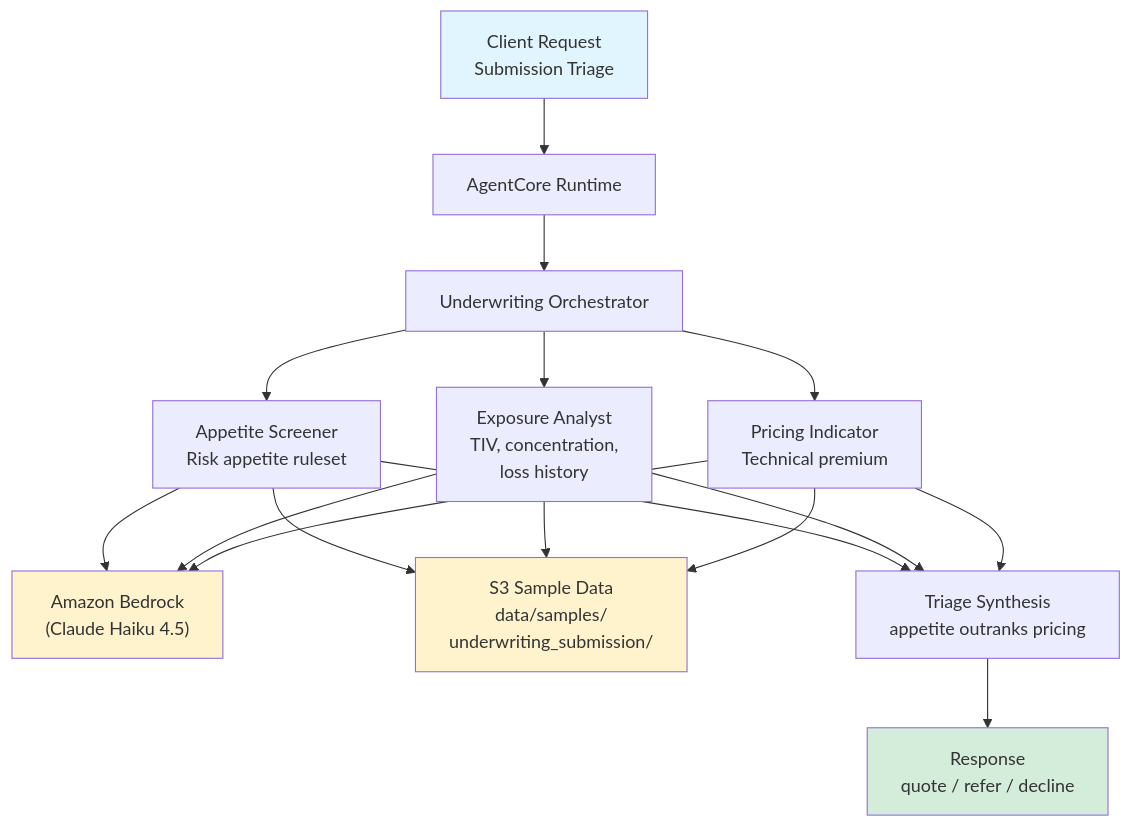
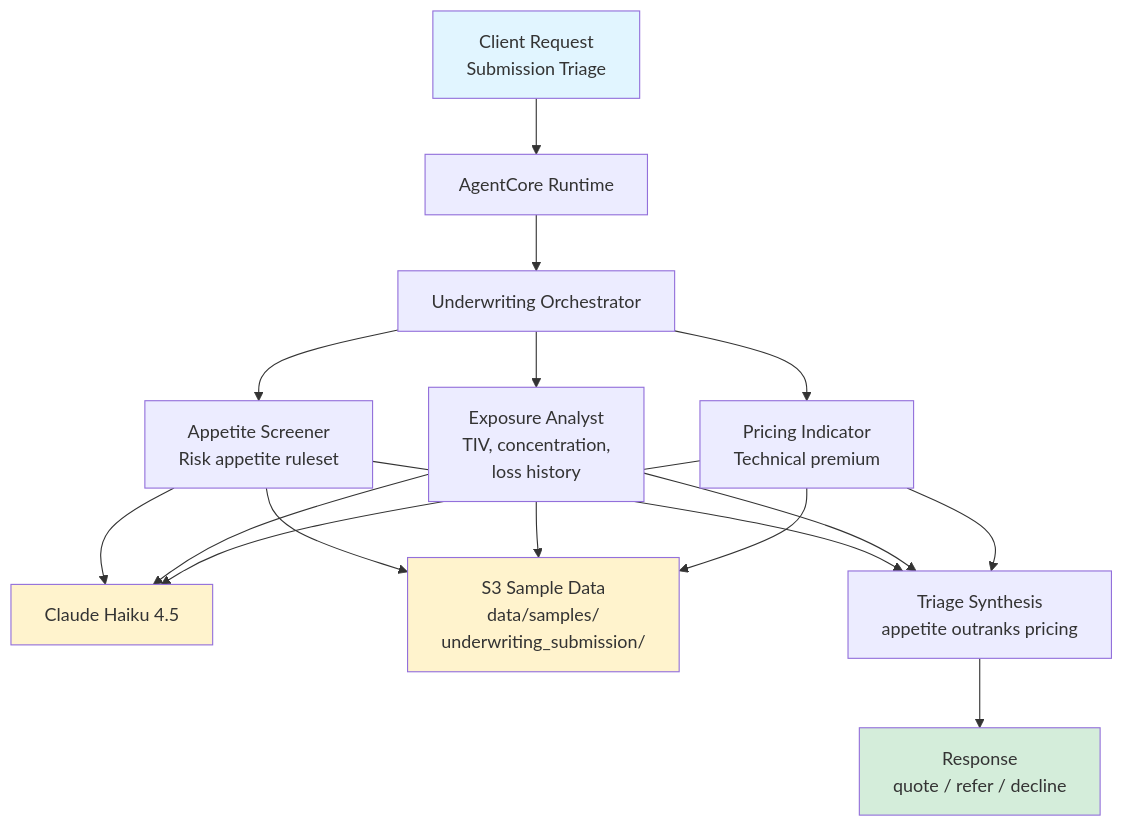
Before and after one commit to aws-samples/sample-agentic-value-accelerator: the diagram in applications/fsi_foundry/use_cases/underwriting_submission/README.md, drawn with Mermaid. The commit also changed other lines of this file, not shown here.

````diff
--- a/applications/fsi_foundry/use_cases/underwriting_submission/README.md
+++ b/applications/fsi_foundry/use_cases/underwriting_submission/README.md
@@ -27,28 +27,28 @@
 ```mermaid
 graph TB
     Request["Client Request<br/>Submission Triage"] --> Runtime["AgentCore Runtime"]
     Runtime --> Orchestrator["Underwriting Orchestrator"]
 
     Orchestrator --> Appetite["Appetite Screener<br/>Risk appetite ruleset"]
     Orchestrator --> Exposure["Exposure Analyst<br/>TIV, concentration,<br/>loss history"]
     Orchestrator --> Pricing["Pricing Indicator<br/>Technical premium"]
 
-    Appetite --> Bedrock["Amazon Bedrock<br/>(Claude Haiku 4.5)"]
+    Appetite --> Bedrock["Claude Haiku 4.5"]
     Exposure --> Bedrock
     Pricing --> Bedrock
 
     Appetite --> S3["S3 Sample Data<br/>data/samples/<br/>underwriting_submission/"]
     Exposure --> S3
     Pricing --> S3
 
     Appetite --> Synthesis["Triage Synthesis<br/>appetite outranks pricing"]
     Exposure --> Synthesis
     Pricing --> Synthesis
 
     Synthesis --> Response["Response<br/>quote / refer / decline"]
 
     style Request fill:#e1f5ff
     style Response fill:#d4edda
     style Bedrock fill:#fff3cd
     style S3 fill:#fff3cd
 ```
````
